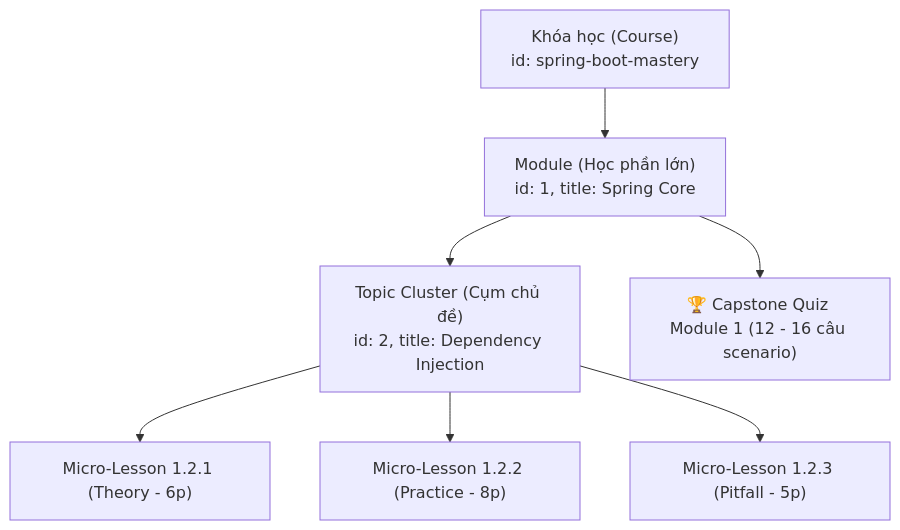
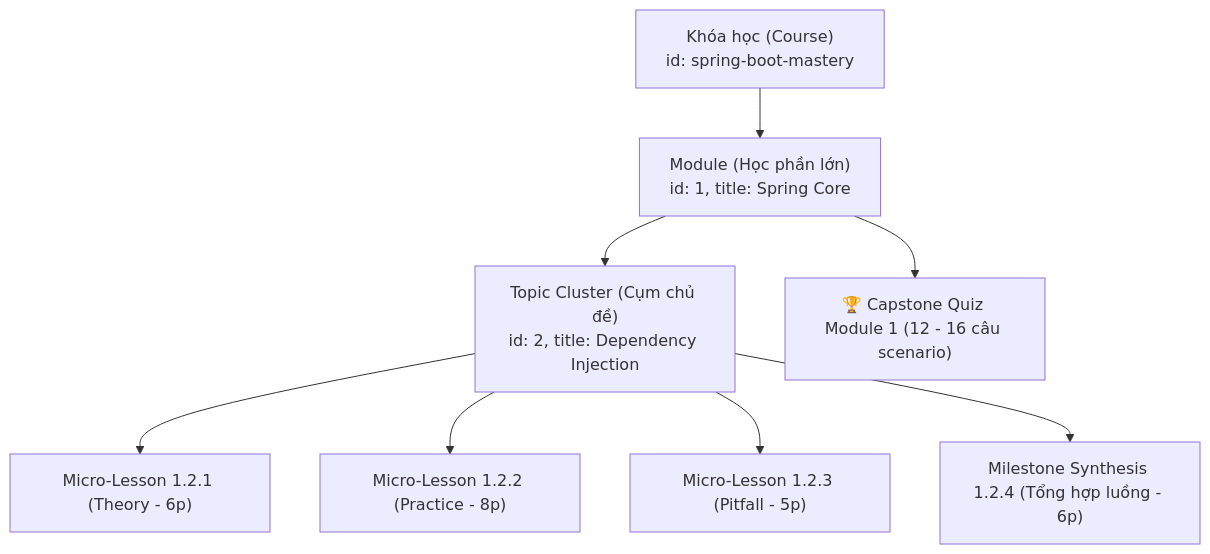
One commit to hanndbn/spring-boot-course changed the diagram in CURRICULUM_STANDARDS.md. Above: the diagram before and after it, drawn with Mermaid. The commit also changed other lines of this file, not shown here.

Commit message:
docs: upgrade to CES-2026 v2.1 with dual-track, automated capstone harness, hardware tolerance, milestone synthesis, and weekly CI

````diff
--- a/CURRICULUM_STANDARDS.md
+++ b/CURRICULUM_STANDARDS.md
@@ -40,9 +42,10 @@
 ```mermaid
 graph TD
     Course["Khóa học (Course)<br>id: spring-boot-mastery"] --> M["Module (Học phần lớn)<br>id: 1, title: Spring Core"]
     M --> T["Topic Cluster (Cụm chủ đề)<br>id: 2, title: Dependency Injection"]
     T --> L1["Micro-Lesson 1.2.1 (Theory - 6p)"]
     T --> L2["Micro-Lesson 1.2.2 (Practice - 8p)"]
     T --> L3["Micro-Lesson 1.2.3 (Pitfall - 5p)"]
+    T --> L4["Milestone Synthesis 1.2.4 (Tổng hợp luồng - 6p)"]
     M --> QZ["🏆 Capstone Quiz Module 1 (12 - 16 câu scenario)"]
 ```
````
